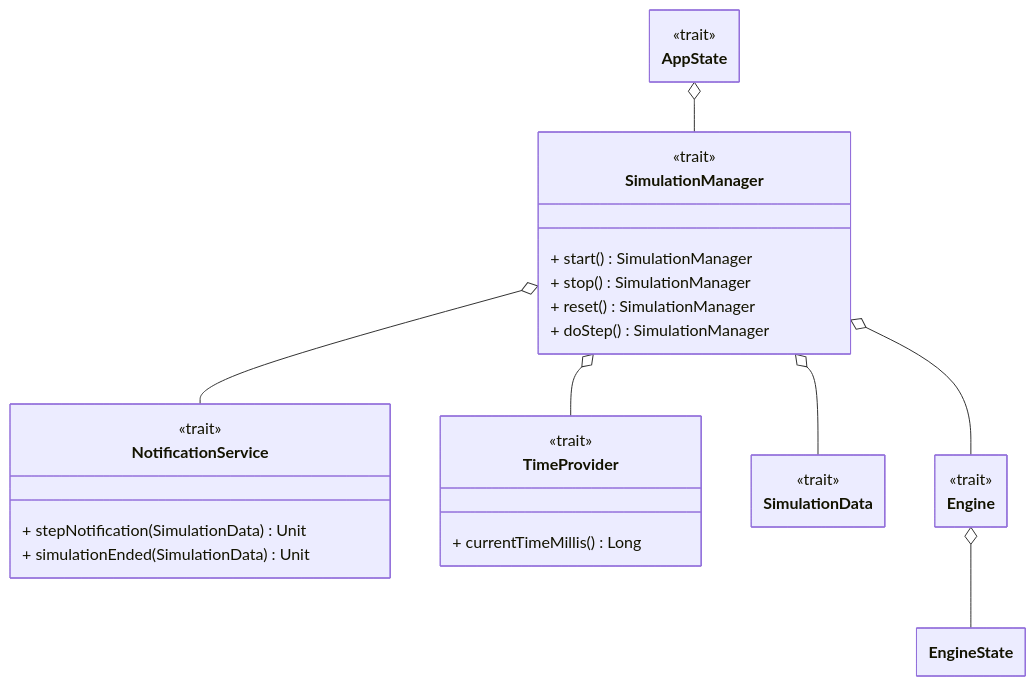
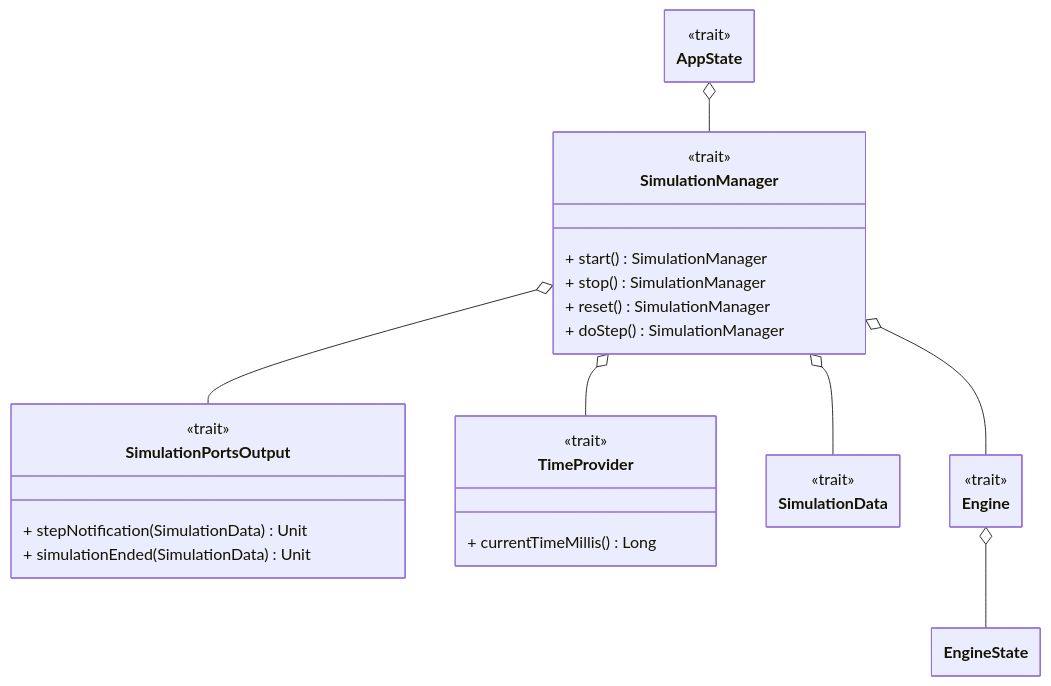
One commit to dev-pps/pps-23-ulisse changed diagram 20 of 20 in docs/report/4-details-design.md. Above: the diagram before and after it, drawn with Mermaid. The commit also changed other lines of this file and 9 other files, not shown here.

````diff
--- a/docs/report/4-details-design.md
+++ b/docs/report/4-details-design.md
@@ -977,42 +971,42 @@
 ```mermaid
 ---
 config:
     class:
       hideEmptyMembersBox: true
 ---
 classDiagram
     direction BT
-    class NotificationService {
+    class SimulationPortsOutput {
         + stepNotification(SimulationData) Unit
         + simulationEnded(SimulationData) Unit
     }
     class TimeProvider {
         + currentTimeMillis() Long
     }
     class AppState
     class SimulationManager {
         + start() SimulationManager
         + stop() SimulationManager
         + reset() SimulationManager
         + doStep() SimulationManager
     }
 
     class SimulationData
     class Engine
 
 
-    <<trait>>NotificationService
+    <<trait>>SimulationPortsOutput
     <<trait>>TimeProvider 
     <<trait>>AppState
     <<trait>>SimulationManager
     <<trait>>SimulationData
     <<trait>>Engine
 
-    NotificationService --o SimulationManager
+    SimulationPortsOutput --o SimulationManager
     TimeProvider --o SimulationManager
     SimulationManager --o AppState
     SimulationData --o SimulationManager
     Engine --o SimulationManager
     EngineState --o Engine
 
 ```
````
